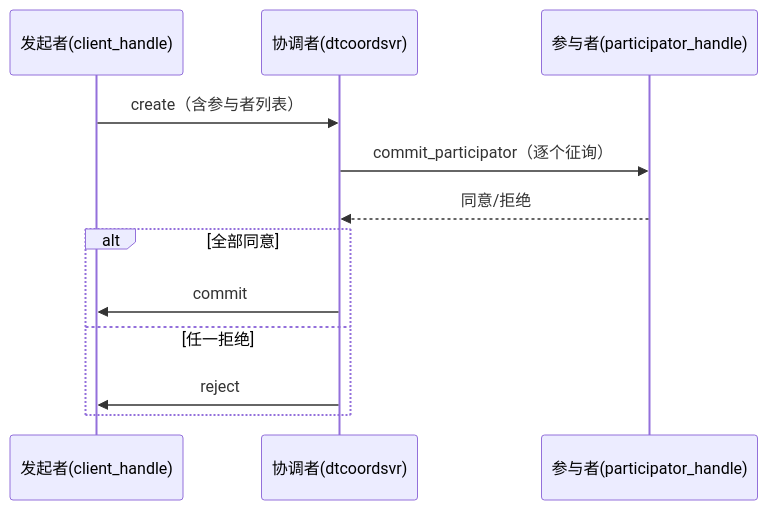
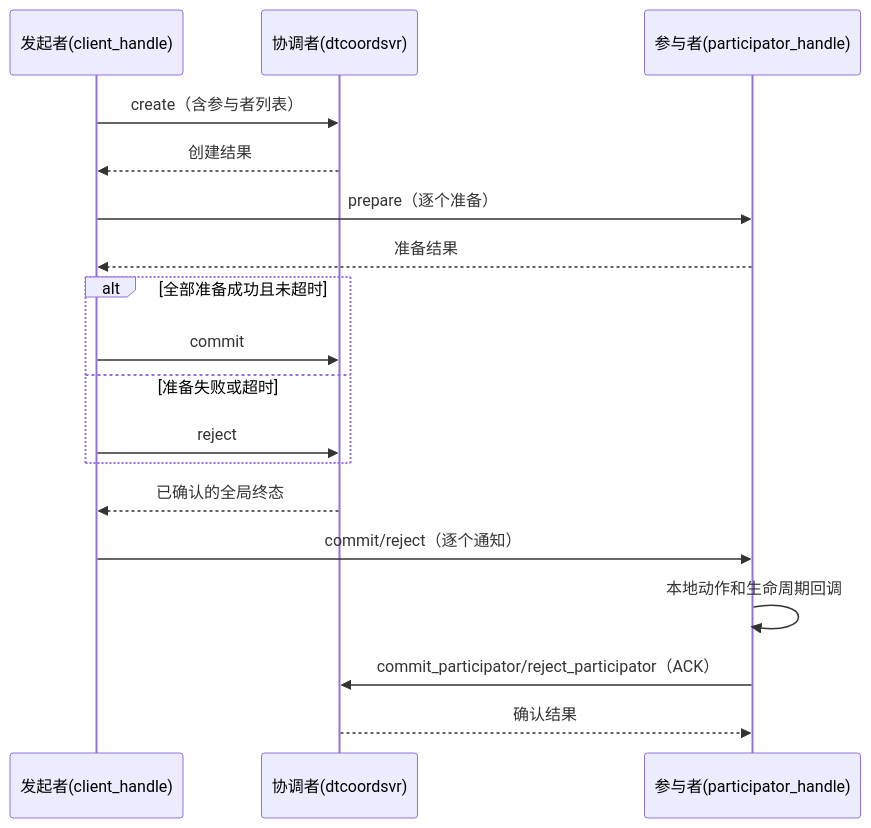
One commit to atframework/atsf4g-co changed the diagram in doc/docs/components/distributed-transaction.md. Above: the diagram before and after it, drawn with Mermaid. The commit also changed other lines of this file and 20 other files, not shown here.

````diff
--- a/doc/docs/components/distributed-transaction.md
+++ b/doc/docs/components/distributed-transaction.md
@@ -25,14 +26,20 @@
 ```mermaid
 sequenceDiagram
     participant C as 发起者(client_handle)
     participant D as 协调者(dtcoordsvr)
     participant P as 参与者(participator_handle)
     C->>D: create（含参与者列表）
-    D->>P: commit_participator（逐个征询）
-    P-->>D: 同意/拒绝
-    alt 全部同意
-        D->>C: commit
-    else 任一拒绝
-        D->>C: reject
+    D-->>C: 创建结果
+    C->>P: prepare（逐个准备）
+    P-->>C: 准备结果
+    alt 全部准备成功且未超时
+        C->>D: commit
+    else 准备失败或超时
+        C->>D: reject
     end
+    D-->>C: 已确认的全局终态
+    C->>P: commit/reject（逐个通知）
+    P->>P: 本地动作和生命周期回调
+    P->>D: commit_participator/reject_participator（ACK）
+    D-->>P: 确认结果
 ```
````
